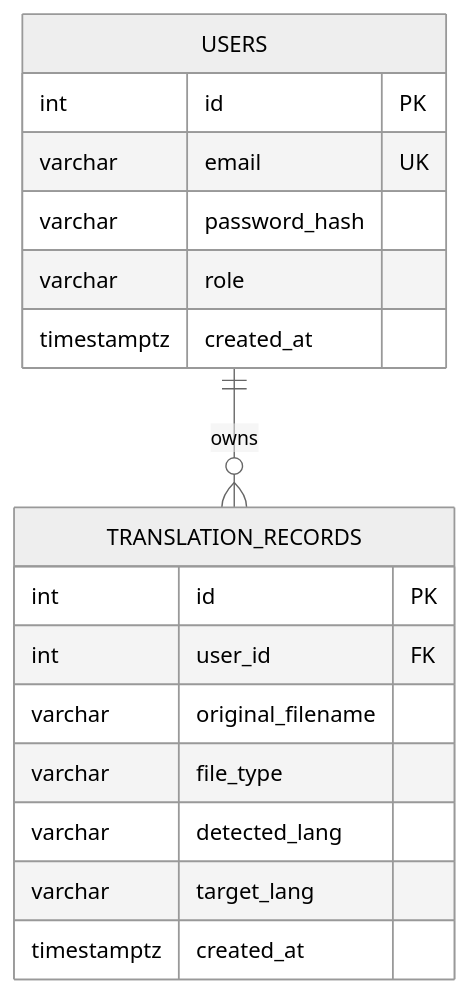
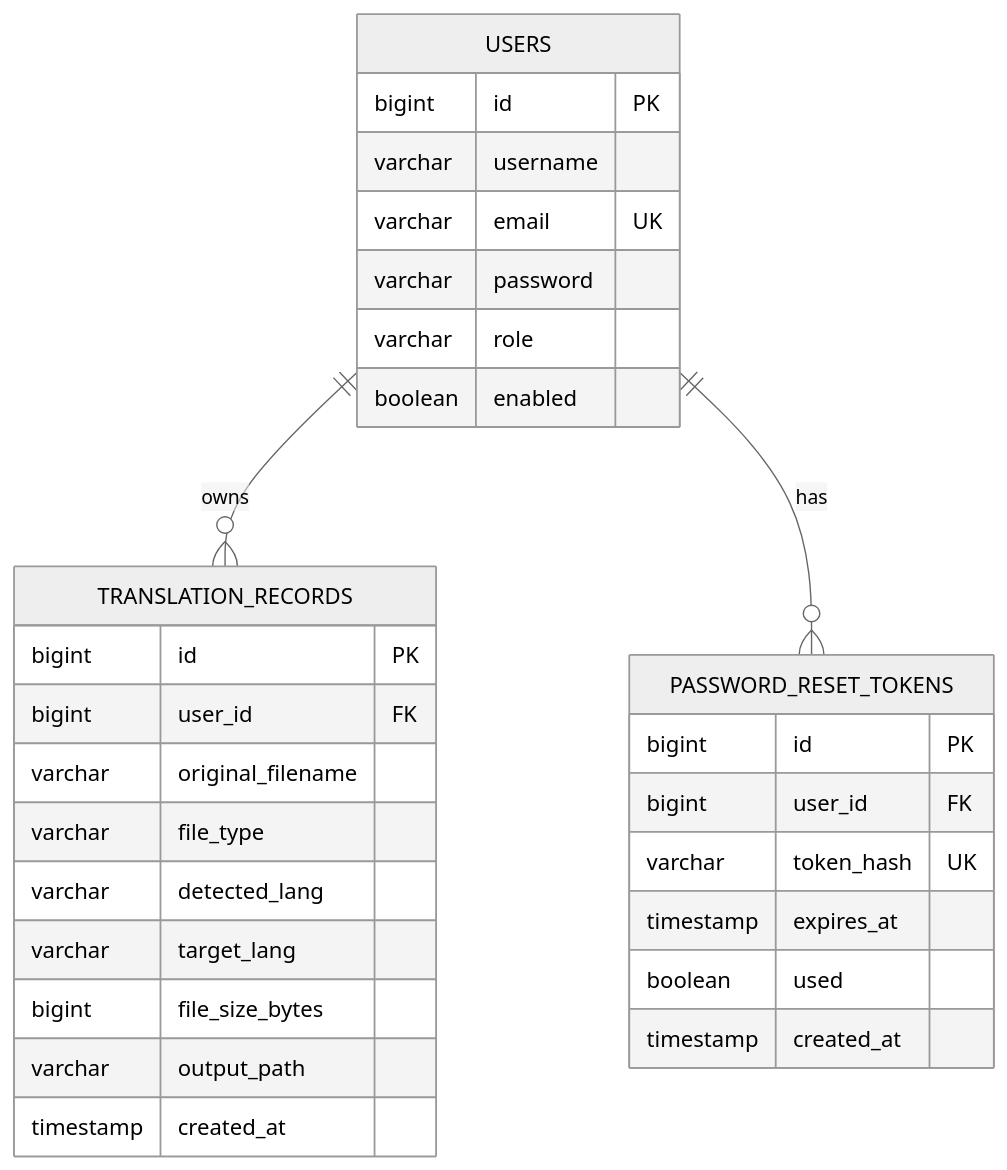
One commit to ProjetoIntegrador4-Semestre/TradutorDocumentos changed the diagram in docs/DiagramaER.md. Above: the diagram before and after it, drawn with Mermaid (neutral theme).

Commit message:
docs: update ER diagram

````diff
--- a/docs/DiagramaER.md
+++ b/docs/DiagramaER.md
@@ -3,22 +3,35 @@
 ```mermaid
 erDiagram
   USERS {
-    int id PK
+    bigint id PK
+    varchar username
     varchar email UK
-    varchar password_hash
+    varchar password
     varchar role
-    timestamptz created_at
+    boolean enabled
   }
 
   TRANSLATION_RECORDS {
-    int id PK
-    int user_id FK
+    bigint id PK
+    bigint user_id FK
     varchar original_filename
     varchar file_type
     varchar detected_lang
     varchar target_lang
-    timestamptz created_at
+    bigint file_size_bytes
+    varchar output_path
+    timestamp created_at
+  }
+
+  PASSWORD_RESET_TOKENS {
+    bigint id PK
+    bigint user_id FK
+    varchar token_hash UK
+    timestamp expires_at
+    boolean used
+    timestamp created_at
   }
 
   USERS ||--o{ TRANSLATION_RECORDS : "owns"
+  USERS ||--o{ PASSWORD_RESET_TOKENS : "has"
 ```
````
